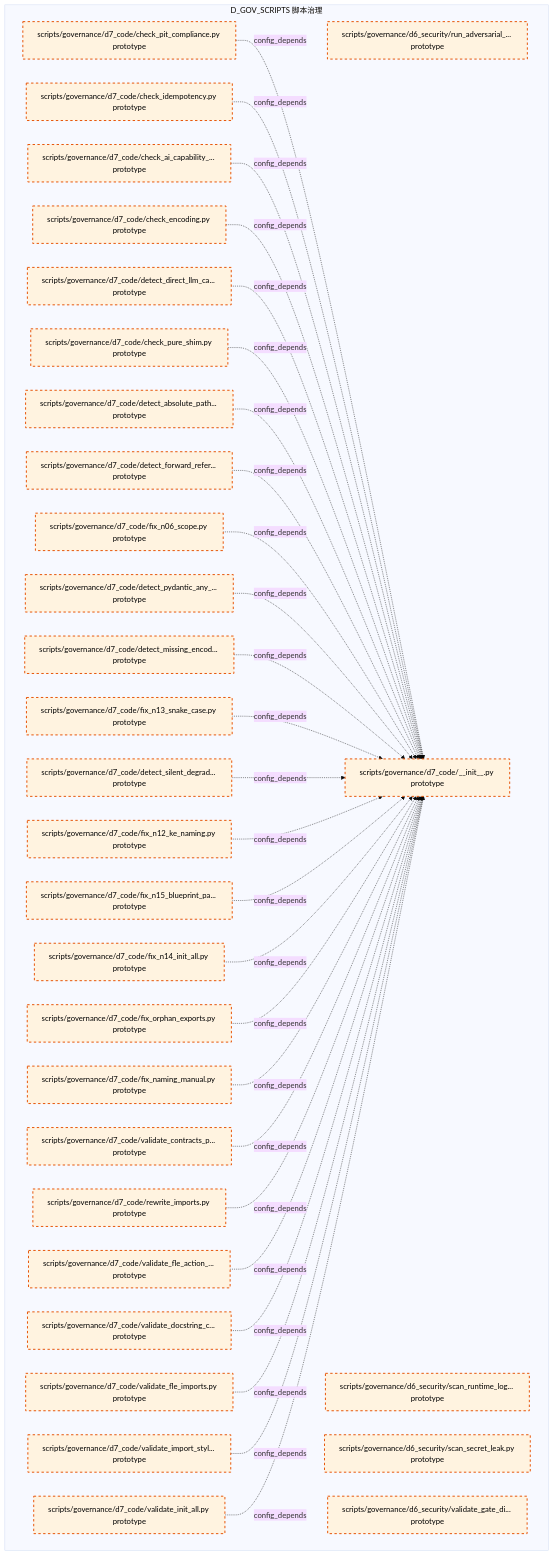
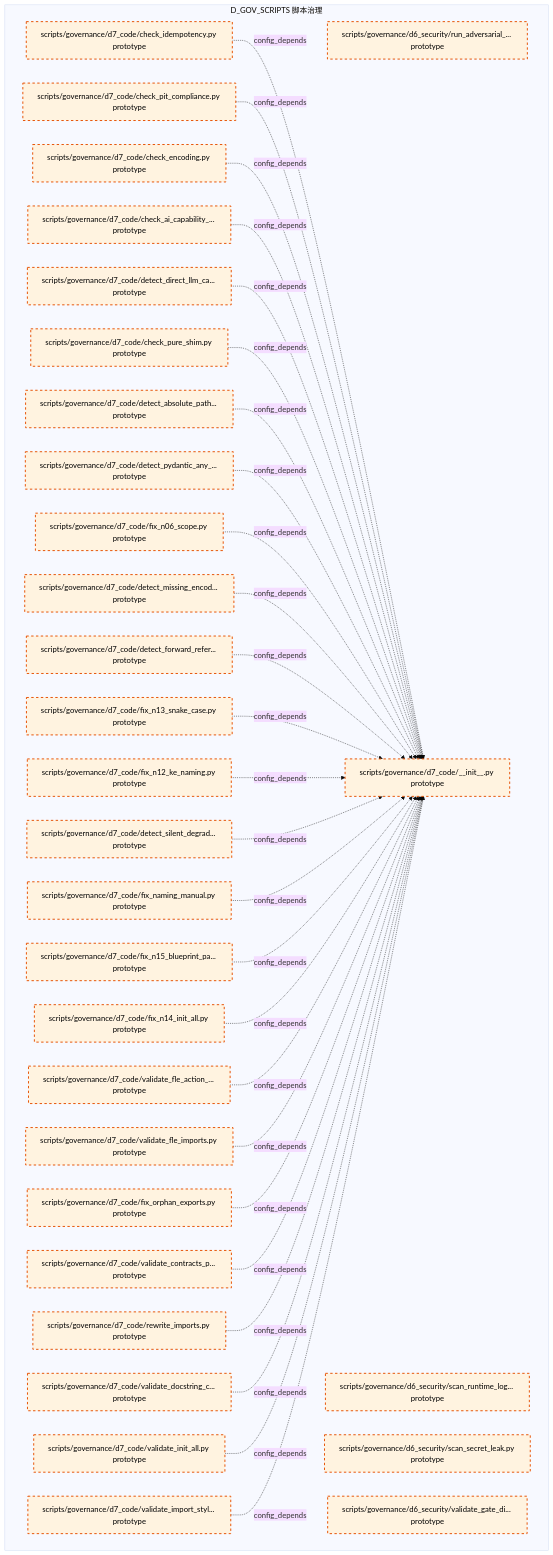
The tenth of 15 diagrams in docs/02_enterprise_architecture/02_domain_architecture_docs/39_d_gov_scripts.md (xuanFelixVan/ZephyrAlpha), drawn with Mermaid (base theme) before and after one commit. The commit also changed other lines of this file and 105 other files, not shown here.

````diff
--- a/docs/02_enterprise_architecture/02_domain_architecture_docs/39_d_gov_scripts.md
+++ b/docs/02_enterprise_architecture/02_domain_architecture_docs/39_d_gov_scripts.md
@@ -702,65 +701,65 @@
 ```mermaid
 graph TD
     subgraph D_GOV_SCRIPTS["D_GOV_SCRIPTS 脚本治理"]
         scripts_governance_d6_security_run_adversarial_checks_py["scripts/governance/d6_security/run_adversarial_... prototype"]
         scripts_governance_d6_security_scan_runtime_log_secrets_py["scripts/governance/d6_security/scan_runtime_log... prototype"]
         scripts_governance_d6_security_scan_secret_leak_py["scripts/governance/d6_security/scan_secret_leak.py prototype"]
         scripts_governance_d6_security_validate_gate_discipline_py["scripts/governance/d6_security/validate_gate_di... prototype"]
         scripts_governance_d7_code_init_py["scripts/governance/d7_code/__init__.py prototype"]
         scripts_governance_d7_code_check_ai_capability_boundary_py["scripts/governance/d7_code/check_ai_capability_... prototype"]
         scripts_governance_d7_code_check_encoding_py["scripts/governance/d7_code/check_encoding.py prototype"]
         scripts_governance_d7_code_check_idempotency_py["scripts/governance/d7_code/check_idempotency.py prototype"]
         scripts_governance_d7_code_check_pit_compliance_py["scripts/governance/d7_code/check_pit_compliance.py prototype"]
         scripts_governance_d7_code_check_pure_shim_py["scripts/governance/d7_code/check_pure_shim.py prototype"]
         scripts_governance_d7_code_detect_absolute_path_hardcoding_py["scripts/governance/d7_code/detect_absolute_path... prototype"]
         scripts_governance_d7_code_detect_direct_llm_calls_py["scripts/governance/d7_code/detect_direct_llm_ca... prototype"]
         scripts_governance_d7_code_detect_forward_reference_py["scripts/governance/d7_code/detect_forward_refer... prototype"]
         scripts_governance_d7_code_detect_missing_encoding_py["scripts/governance/d7_code/detect_missing_encod... prototype"]
         scripts_governance_d7_code_detect_pydantic_any_fields_py["scripts/governance/d7_code/detect_pydantic_any_... prototype"]
         scripts_governance_d7_code_detect_silent_degradation_py["scripts/governance/d7_code/detect_silent_degrad... prototype"]
         scripts_governance_d7_code_fix_n06_scope_py["scripts/governance/d7_code/fix_n06_scope.py prototype"]
         scripts_governance_d7_code_fix_n12_ke_naming_py["scripts/governance/d7_code/fix_n12_ke_naming.py prototype"]
         scripts_governance_d7_code_fix_n13_snake_case_py["scripts/governance/d7_code/fix_n13_snake_case.py prototype"]
         scripts_governance_d7_code_fix_n14_init_all_py["scripts/governance/d7_code/fix_n14_init_all.py prototype"]
         scripts_governance_d7_code_fix_n15_blueprint_path_py["scripts/governance/d7_code/fix_n15_blueprint_pa... prototype"]
         scripts_governance_d7_code_fix_naming_manual_py["scripts/governance/d7_code/fix_naming_manual.py prototype"]
         scripts_governance_d7_code_fix_orphan_exports_py["scripts/governance/d7_code/fix_orphan_exports.py prototype"]
         scripts_governance_d7_code_rewrite_imports_py["scripts/governance/d7_code/rewrite_imports.py prototype"]
         scripts_governance_d7_code_validate_contracts_purity_py["scripts/governance/d7_code/validate_contracts_p... prototype"]
         scripts_governance_d7_code_validate_docstring_coverage_py["scripts/governance/d7_code/validate_docstring_c... prototype"]
         scripts_governance_d7_code_validate_fle_action_metadata_py["scripts/governance/d7_code/validate_fle_action_... prototype"]
         scripts_governance_d7_code_validate_fle_imports_py["scripts/governance/d7_code/validate_fle_imports.py prototype"]
         scripts_governance_d7_code_validate_import_style_py["scripts/governance/d7_code/validate_import_styl... prototype"]
         scripts_governance_d7_code_validate_init_all_py["scripts/governance/d7_code/validate_init_all.py prototype"]
     end
+    scripts_governance_d7_code_check_idempotency_py -.->|config_depends| scripts_governance_d7_code_init_py
     scripts_governance_d7_code_check_pit_compliance_py -.->|config_depends| scripts_governance_d7_code_init_py
-    scripts_governance_d7_code_check_idempotency_py -.->|config_depends| scripts_governance_d7_code_init_py
+    scripts_governance_d7_code_check_encoding_py -.->|config_depends| scripts_governance_d7_code_init_py
     scripts_governance_d7_code_check_ai_capability_boundary_py -.->|config_depends| scripts_governance_d7_code_init_py
-    scripts_governance_d7_code_check_encoding_py -.->|config_depends| scripts_governance_d7_code_init_py
     scripts_governance_d7_code_detect_direct_llm_calls_py -.->|config_depends| scripts_governance_d7_code_init_py
     scripts_governance_d7_code_check_pure_shim_py -.->|config_depends| scripts_governance_d7_code_init_py
     scripts_governance_d7_code_detect_absolute_path_hardcoding_py -.->|config_depends| scripts_governance_d7_code_init_py
+    scripts_governance_d7_code_detect_pydantic_any_fields_py -.->|config_depends| scripts_governance_d7_code_init_py
+    scripts_governance_d7_code_fix_n06_scope_py -.->|config_depends| scripts_governance_d7_code_init_py
+    scripts_governance_d7_code_detect_missing_encoding_py -.->|config_depends| scripts_governance_d7_code_init_py
     scripts_governance_d7_code_detect_forward_reference_py -.->|config_depends| scripts_governance_d7_code_init_py
-    scripts_governance_d7_code_fix_n06_scope_py -.->|config_depends| scripts_governance_d7_code_init_py
-    scripts_governance_d7_code_detect_pydantic_any_fields_py -.->|config_depends| scripts_governance_d7_code_init_py
-    scripts_governance_d7_code_detect_missing_encoding_py -.->|config_depends| scripts_governance_d7_code_init_py
     scripts_governance_d7_code_fix_n13_snake_case_py -.->|config_depends| scripts_governance_d7_code_init_py
+    scripts_governance_d7_code_fix_n12_ke_naming_py -.->|config_depends| scripts_governance_d7_code_init_py
     scripts_governance_d7_code_detect_silent_degradation_py -.->|config_depends| scripts_governance_d7_code_init_py
-    scripts_governance_d7_code_fix_n12_ke_naming_py -.->|config_depends| scripts_governance_d7_code_init_py
+    scripts_governance_d7_code_fix_naming_manual_py -.->|config_depends| scripts_governance_d7_code_init_py
     scripts_governance_d7_code_fix_n15_blueprint_path_py -.->|config_depends| scripts_governance_d7_code_init_py
     scripts_governance_d7_code_fix_n14_init_all_py -.->|config_depends| scripts_governance_d7_code_init_py
+    scripts_governance_d7_code_validate_fle_action_metadata_py -.->|config_depends| scripts_governance_d7_code_init_py
+    scripts_governance_d7_code_validate_fle_imports_py -.->|config_depends| scripts_governance_d7_code_init_py
     scripts_governance_d7_code_fix_orphan_exports_py -.->|config_depends| scripts_governance_d7_code_init_py
-    scripts_governance_d7_code_fix_naming_manual_py -.->|config_depends| scripts_governance_d7_code_init_py
     scripts_governance_d7_code_validate_contracts_purity_py -.->|config_depends| scripts_governance_d7_code_init_py
     scripts_governance_d7_code_rewrite_imports_py -.->|config_depends| scripts_governance_d7_code_init_py
-    scripts_governance_d7_code_validate_fle_action_metadata_py -.->|config_depends| scripts_governance_d7_code_init_py
     scripts_governance_d7_code_validate_docstring_coverage_py -.->|config_depends| scripts_governance_d7_code_init_py
-    scripts_governance_d7_code_validate_fle_imports_py -.->|config_depends| scripts_governance_d7_code_init_py
+    scripts_governance_d7_code_validate_init_all_py -.->|config_depends| scripts_governance_d7_code_init_py
     scripts_governance_d7_code_validate_import_style_py -.->|config_depends| scripts_governance_d7_code_init_py
-    scripts_governance_d7_code_validate_init_all_py -.->|config_depends| scripts_governance_d7_code_init_py
     classDef production fill:#e1f5fe,stroke:#01579b,stroke-width:2px,color:#000
     classDef design fill:#fff3e0,stroke:#e65100,stroke-width:2px,color:#000,stroke-dasharray: 5 5
     classDef external_prod fill:#e8f5e9,stroke:#1b5e20,stroke-width:1px,color:#000
     classDef external_design fill:#fce4ec,stroke:#880e4f,stroke-width:1px,color:#000,stroke-dasharray: 5 5
     class scripts_governance_d6_security_run_adversarial_checks_py,scripts_governance_d6_security_scan_runtime_log_secrets_py,scripts_governance_d6_security_scan_secret_leak_py,scripts_governance_d6_security_validate_gate_discipline_py,scripts_governance_d7_code_init_py,scripts_governance_d7_code_check_ai_capability_boundary_py,scripts_governance_d7_code_check_encoding_py,scripts_governance_d7_code_check_idempotency_py,scripts_governance_d7_code_check_pit_compliance_py,scripts_governance_d7_code_check_pure_shim_py,scripts_governance_d7_code_detect_absolute_path_hardcoding_py,scripts_governance_d7_code_detect_direct_llm_calls_py,scripts_governance_d7_code_detect_forward_reference_py,scripts_governance_d7_code_detect_missing_encoding_py,scripts_governance_d7_code_detect_pydantic_any_fields_py,scripts_governance_d7_code_detect_silent_degradation_py,scripts_governance_d7_code_fix_n06_scope_py,scripts_governance_d7_code_fix_n12_ke_naming_py,scripts_governance_d7_code_fix_n13_snake_case_py,scripts_governance_d7_code_fix_n14_init_all_py,scripts_governance_d7_code_fix_n15_blueprint_path_py,scripts_governance_d7_code_fix_naming_manual_py,scripts_governance_d7_code_fix_orphan_exports_py,scripts_governance_d7_code_rewrite_imports_py,scripts_governance_d7_code_validate_contracts_purity_py,scripts_governance_d7_code_validate_docstring_coverage_py,scripts_governance_d7_code_validate_fle_action_metadata_py,scripts_governance_d7_code_validate_fle_imports_py,scripts_governance_d7_code_validate_import_style_py,scripts_governance_d7_code_validate_init_all_py design
 ```
````
